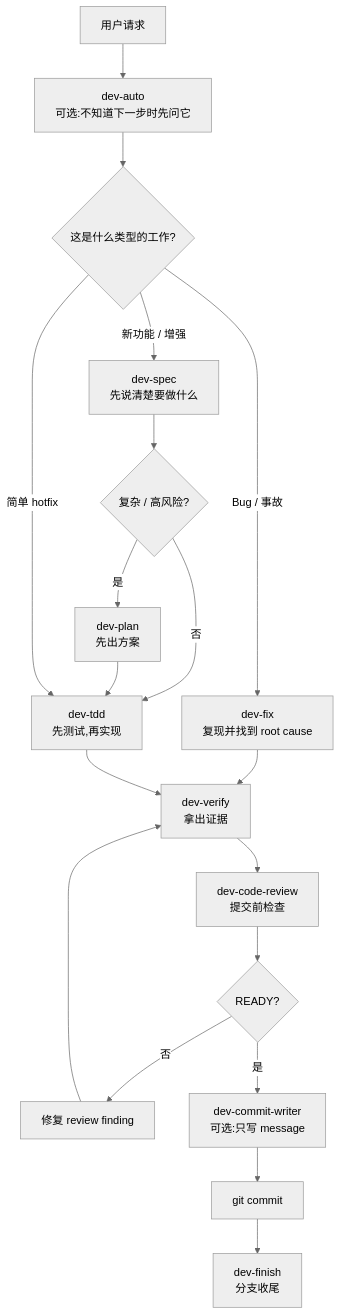
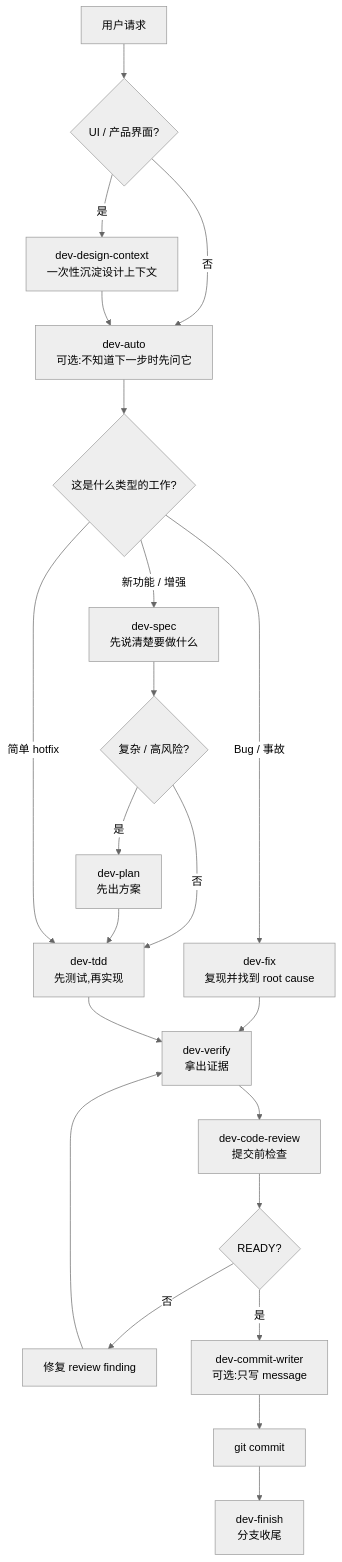
One commit to Jason-chen-coder/dev-skills changed the diagram in README.md. Above: the diagram before and after it, drawn with Mermaid (neutral theme). The commit also changed other lines of this file and 16 other files, not shown here.

Commit message:
feat: add dev-design-context skill

````diff
--- a/README.md
+++ b/README.md
@@ -276,25 +281,28 @@
 ```mermaid
 flowchart TD
-  Start["用户请求"] --> Auto["dev-auto<br/>可选:不知道下一步时先问它"]
+  Start["用户请求"] --> Design{"UI / 产品界面?"}
+  Design -->|是| Teach["dev-design-context<br/>一次性沉淀设计上下文"]
+  Design -->|否| Auto["dev-auto<br/>可选:不知道下一步时先问它"]
+  Teach --> Auto
   Auto --> Kind{"这是什么类型的工作?"}
 
   Kind -->|新功能 / 增强| Spec["dev-spec<br/>先说清楚要做什么"]
   Spec --> NeedPlan{"复杂 / 高风险?"}
   NeedPlan -->|是| Plan["dev-plan<br/>先出方案"]
   NeedPlan -->|否| TDD["dev-tdd<br/>先测试,再实现"]
   Plan --> TDD
 
   Kind -->|Bug / 事故| Fix["dev-fix<br/>复现并找到 root cause"]
   Fix --> Verify["dev-verify<br/>拿出证据"]
 
   Kind -->|简单 hotfix| TDD
   TDD --> Verify
 
   Verify --> Review["dev-code-review<br/>提交前检查"]
   Review --> Ready{"READY?"}
   Ready -->|否| Rework["修复 review finding"]
   Rework --> Verify
   Ready -->|是| CommitMsg["dev-commit-writer<br/>可选:只写 message"]
   CommitMsg --> GitCommit["git commit"]
   GitCommit --> Finish["dev-finish<br/>分支收尾"]
 ```
````
